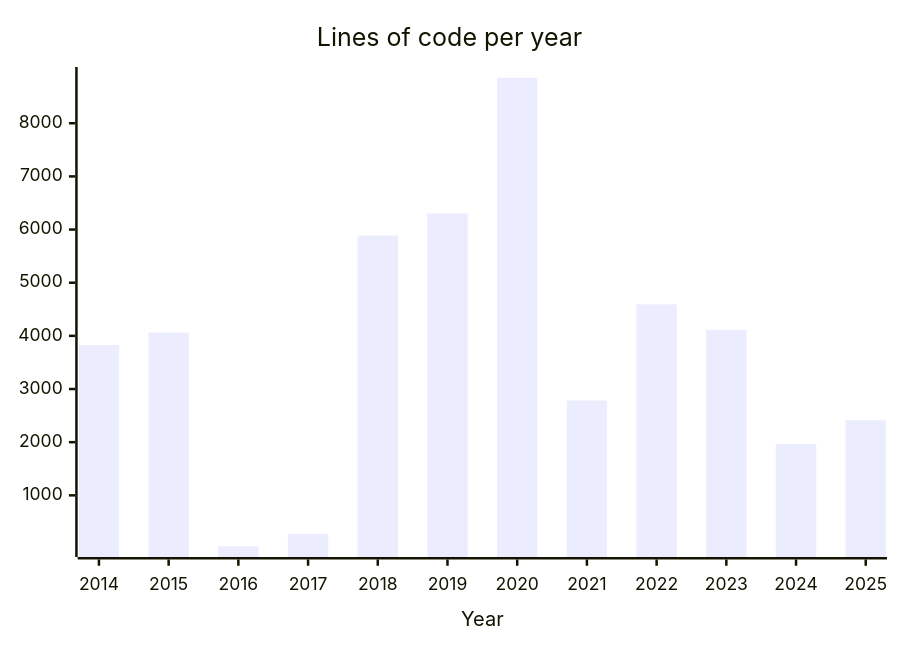
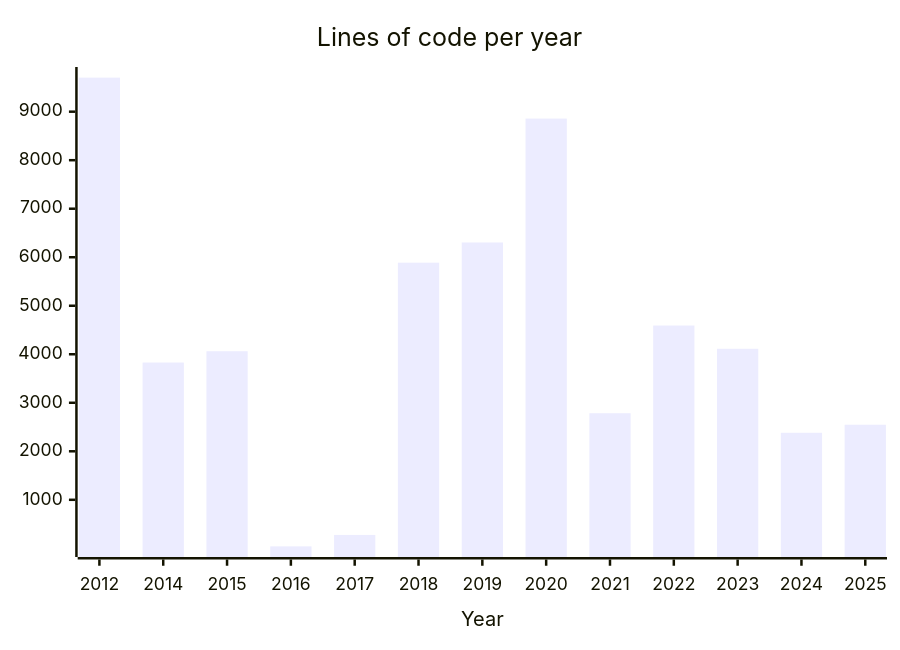
Before and after one commit to engdan77/engdan77: the diagram in README.md, drawn with Mermaid. The commit also changed other lines of this file, not shown here.

````diff
--- a/README.md
+++ b/README.md
@@ -40,6 +41,6 @@
 ```mermaid
 xychart-beta
       title "Lines of code per year"
-      x-axis "Year" [2014, 2015, 2016, 2017, 2018, 2019, 2020, 2021, 2022, 2023, 2024, 2025]
-      bar "engdan77" [3829, 4062, 40, 276, 5888, 6304, 8858, 2784, 4592, 4113, 1967, 2412]
+      x-axis "Year" [2012, 2014, 2015, 2016, 2017, 2018, 2019, 2020, 2021, 2022, 2023, 2024, 2025]
+      bar "engdan77" [9702, 3829, 4062, 40, 276, 5888, 6304, 8858, 2784, 4592, 4113, 2382, 2547]
 ```
````
